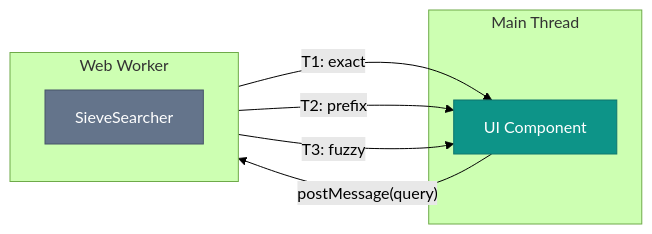
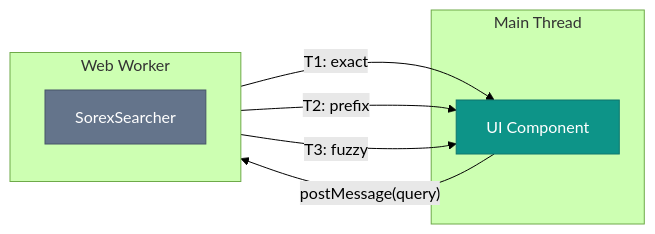
One commit to harryzorus/sorex changed the second of 3 diagrams in docs/architecture.md. Above: the diagram before and after it, drawn with Mermaid (forest theme). The commit also changed other lines of this file and 59 other files, not shown here.

````diff
--- a/docs/architecture.md
+++ b/docs/architecture.md
@@ -46,19 +46,19 @@
 ```mermaid
 flowchart LR
     subgraph Main["Main Thread"]
         ui[UI Component]
     end
 
     subgraph WW["Web Worker"]
         direction TB
-        sieve[SieveSearcher]
+        sorex[SorexSearcher]
     end
 
     ui -->|"postMessage(query)"| WW
-    sieve -->|"T1: exact"| ui
-    sieve -->|"T2: prefix"| ui
-    sieve -->|"T3: fuzzy"| ui
+    sorex -->|"T1: exact"| ui
+    sorex -->|"T2: prefix"| ui
+    sorex -->|"T3: fuzzy"| ui
 
     style ui fill:#0d9488,color:#fff,stroke:#0f766e
-    style sieve fill:#64748b,color:#fff,stroke:#475569
+    style sorex fill:#64748b,color:#fff,stroke:#475569
 ```
````
